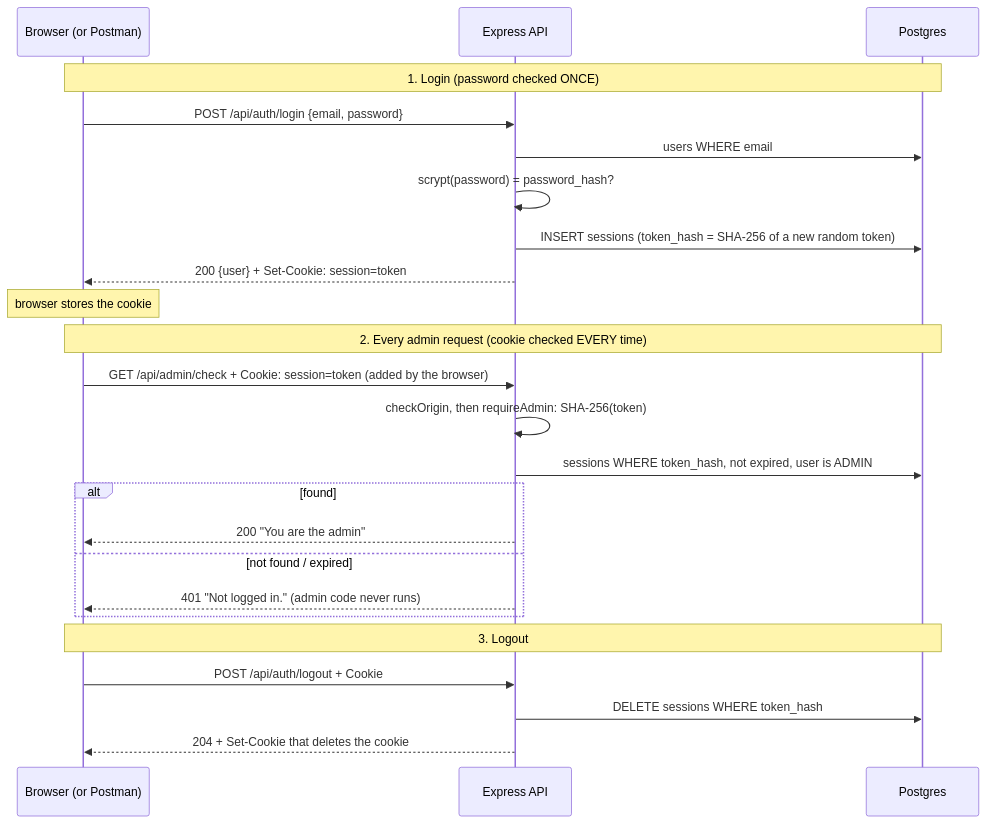
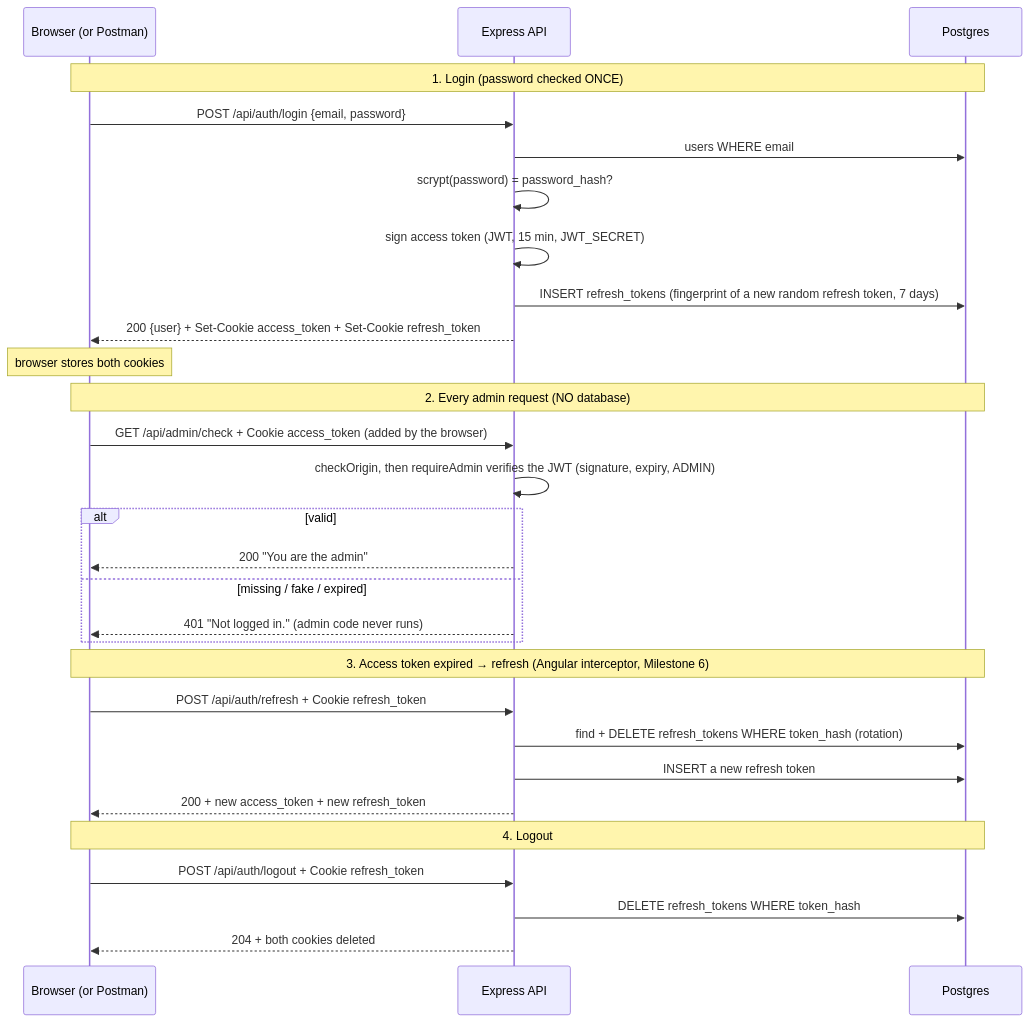
The sixth of 6 diagrams in docs/06-end-to-end-data-flow.md (mdevaangini/portfolio), drawn with Mermaid before and after one commit. The commit also changed other lines of this file and 23 other files, not shown here.

First line of the commit message:
Auth B2+B3: JWT access token + rotated refresh token

````diff
--- a/docs/06-end-to-end-data-flow.md
+++ b/docs/06-end-to-end-data-flow.md
@@ -320,29 +320,35 @@
 ```mermaid
 sequenceDiagram
     participant B as Browser (or Postman)
     participant API as Express API
     participant DB as Postgres
 
     Note over B,DB: 1. Login (password checked ONCE)
     B->>API: POST /api/auth/login {email, password}
     API->>DB: users WHERE email
     API->>API: scrypt(password) = password_hash?
-    API->>DB: INSERT sessions (token_hash = SHA-256 of a new random token)
-    API-->>B: 200 {user} + Set-Cookie: session=token
-    Note over B: browser stores the cookie
+    API->>API: sign access token (JWT, 15 min, JWT_SECRET)
+    API->>DB: INSERT refresh_tokens (fingerprint of a new random refresh token, 7 days)
+    API-->>B: 200 {user} + Set-Cookie access_token + Set-Cookie refresh_token
+    Note over B: browser stores both cookies
 
-    Note over B,DB: 2. Every admin request (cookie checked EVERY time)
-    B->>API: GET /api/admin/check + Cookie: session=token (added by the browser)
-    API->>API: checkOrigin, then requireAdmin: SHA-256(token)
-    API->>DB: sessions WHERE token_hash, not expired, user is ADMIN
-    alt found
+    Note over B,DB: 2. Every admin request (NO database)
+    B->>API: GET /api/admin/check + Cookie access_token (added by the browser)
+    API->>API: checkOrigin, then requireAdmin verifies the JWT (signature, expiry, ADMIN)
+    alt valid
         API-->>B: 200 "You are the admin"
-    else not found / expired
+    else missing / fake / expired
         API-->>B: 401 "Not logged in." (admin code never runs)
     end
 
-    Note over B,DB: 3. Logout
-    B->>API: POST /api/auth/logout + Cookie
-    API->>DB: DELETE sessions WHERE token_hash
-    API-->>B: 204 + Set-Cookie that deletes the cookie
+    Note over B,DB: 3. Access token expired → refresh (Angular interceptor, Milestone 6)
+    B->>API: POST /api/auth/refresh + Cookie refresh_token
+    API->>DB: find + DELETE refresh_tokens WHERE token_hash (rotation)
+    API->>DB: INSERT a new refresh token
+    API-->>B: 200 + new access_token + new refresh_token
+
+    Note over B,DB: 4. Logout
+    B->>API: POST /api/auth/logout + Cookie refresh_token
+    API->>DB: DELETE refresh_tokens WHERE token_hash
+    API-->>B: 204 + both cookies deleted
 ```
````
